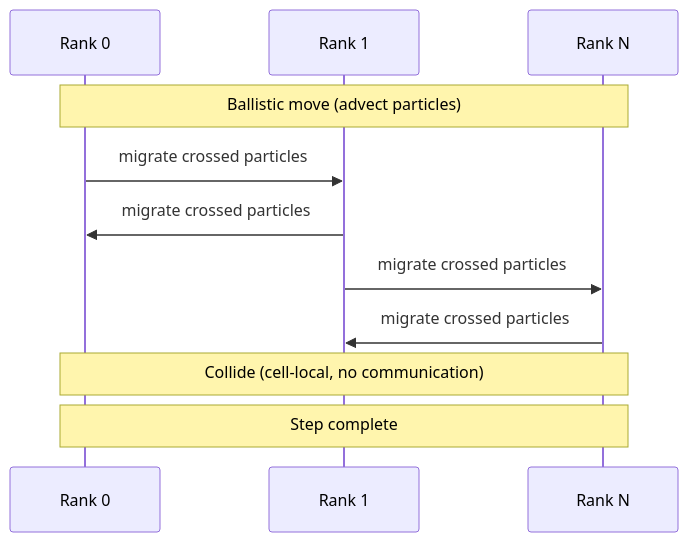
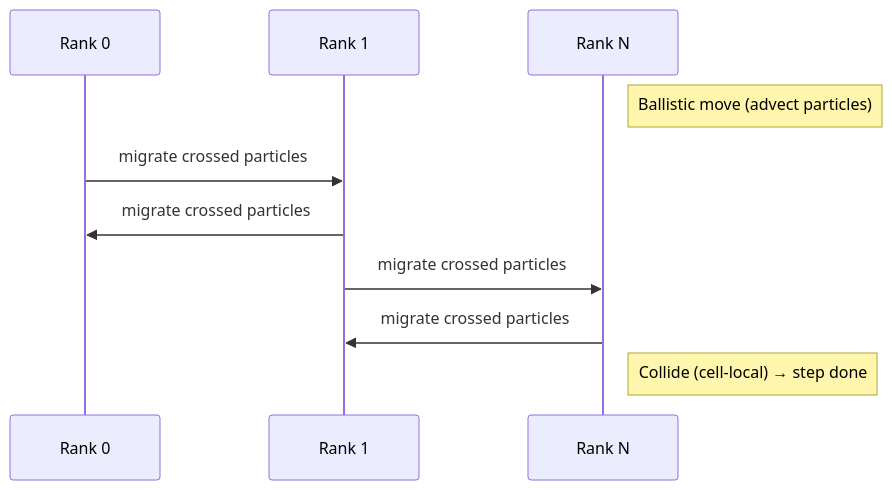
One commit to ngduchai/guard-agent changed the second of 3 diagrams in tests/apps/docs/SPARTA/README.md. Above: the diagram before and after it, drawn with Mermaid. The commit also changed other lines of this file and 43 other files, not shown here.

````diff
--- a/tests/apps/docs/SPARTA/README.md
+++ b/tests/apps/docs/SPARTA/README.md
@@ -89,14 +89,13 @@
 ```mermaid
 sequenceDiagram
     participant R0 as Rank 0
     participant R1 as Rank 1
     participant RN as Rank N
 
-    Note over R0,RN: Ballistic move (advect particles)
+    Note right of RN: Ballistic move (advect particles)
     R0->>R1: migrate crossed particles
     R1->>R0: migrate crossed particles
     R1->>RN: migrate crossed particles
     RN->>R1: migrate crossed particles
-    Note over R0,RN: Collide (cell-local, no communication)
-    Note over R0,RN: Step complete
+    Note right of RN: Collide (cell-local) → step done
 ```
````
